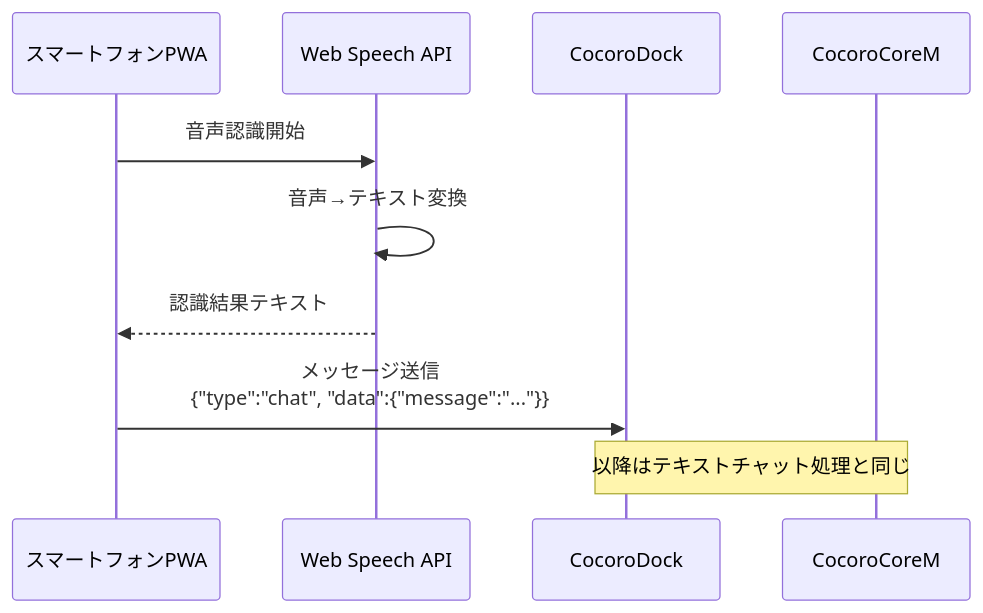
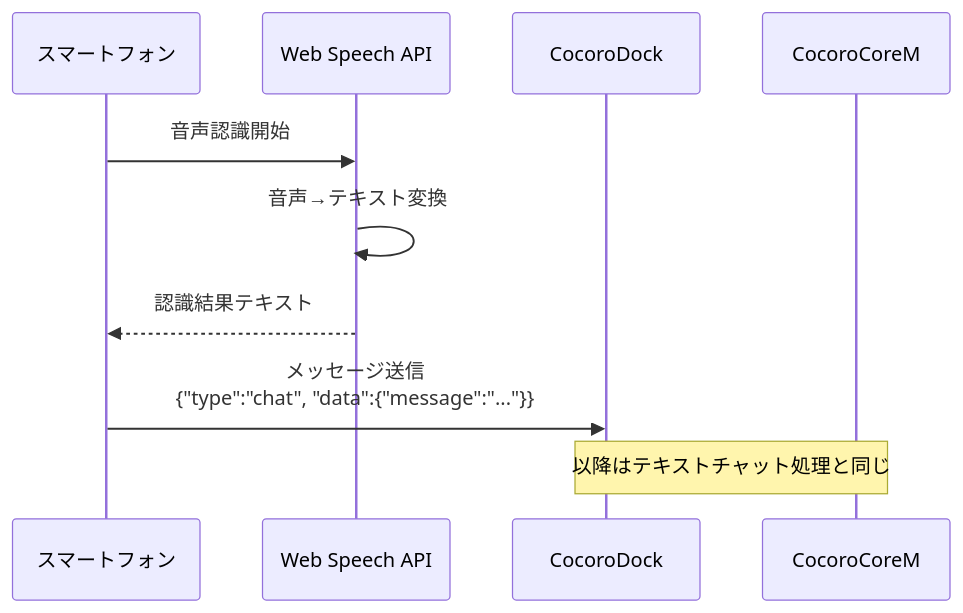
Before and after one commit to hirona98/CocoroCoreM: the third of 6 diagrams in docs/CocoroAI_Web対応処理シーケンス.md, drawn with Mermaid. The commit also changed other lines of this file and 1 other file, not shown here.

````diff
--- a/docs/CocoroAI_Web対応処理シーケンス.md
+++ b/docs/CocoroAI_Web対応処理シーケンス.md
@@ -89,15 +88,15 @@
 ```mermaid
 sequenceDiagram
-    participant PWA as スマートフォンPWA
+    participant ブラウザ as スマートフォン
     participant API as Web Speech API
     participant Dock as CocoroDock
     participant Core as CocoroCoreM
     
-    PWA->>API: 音声認識開始
+    ブラウザ->>API: 音声認識開始
     API->>API: 音声→テキスト変換
-    API-->>PWA: 認識結果テキスト
+    API-->>ブラウザ: 認識結果テキスト
     
-    PWA->>Dock: メッセージ送信<br/>{"type":"chat", "data":{"message":"..."}}
+    ブラウザ->>Dock: メッセージ送信<br/>{"type":"chat", "data":{"message":"..."}}
     
     Note over Dock,Core: 以降はテキストチャット処理と同じ
 ```
````
